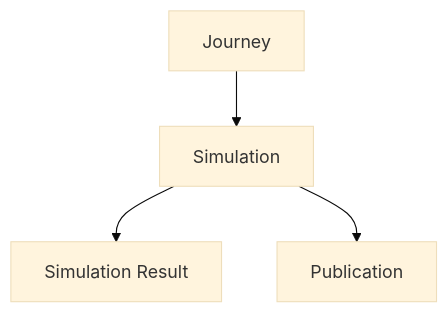
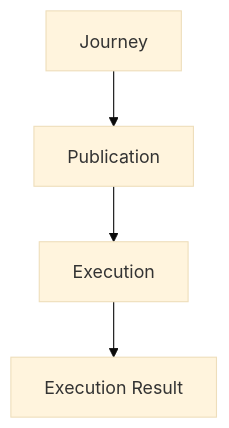
Before and after one commit to hermesnet-git/journey-admin: the fourth of 8 diagrams in requisitos/admin/ej-admin-arquitetura-logica.md, drawn with Mermaid (base theme). The commit also changed other lines of this file and 70 other files, not shown here.

````diff
--- a/requisitos/admin/ej-admin-arquitetura-logica.md
+++ b/requisitos/admin/ej-admin-arquitetura-logica.md
@@ -373,11 +372,11 @@
 ```mermaid
 flowchart TD
     JOURNEY[Journey]
-    SIMULATION[Simulation]
-    RESULT[Simulation Result]
     PUBLICATION[Publication]
+    EXECUTION[Execution]
+    RESULT[Execution Result]
 
-    JOURNEY --> SIMULATION
-    SIMULATION --> RESULT
-    SIMULATION --> PUBLICATION
+    JOURNEY --> PUBLICATION
+    PUBLICATION --> EXECUTION
+    EXECUTION --> RESULT
 ```
````
